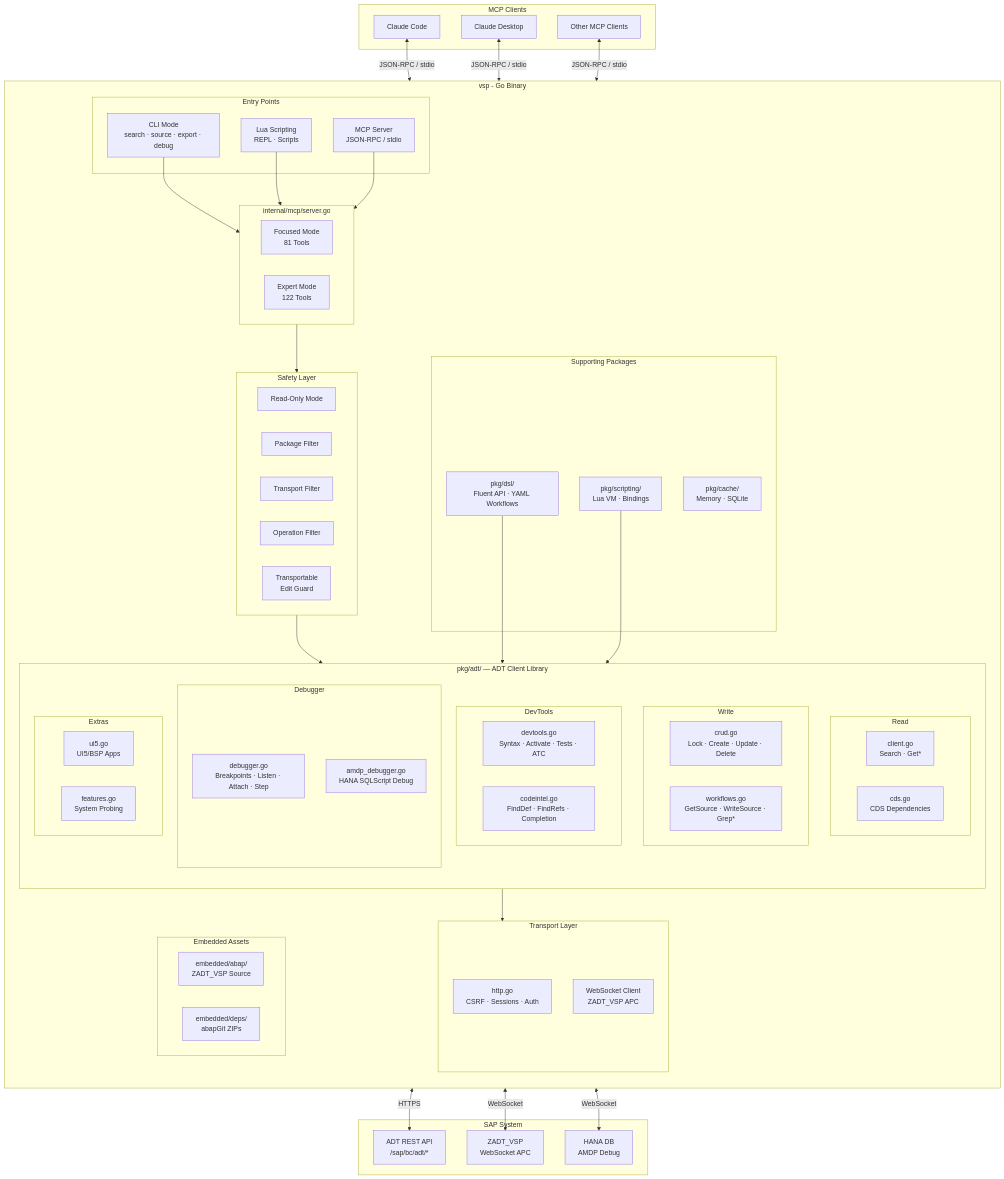
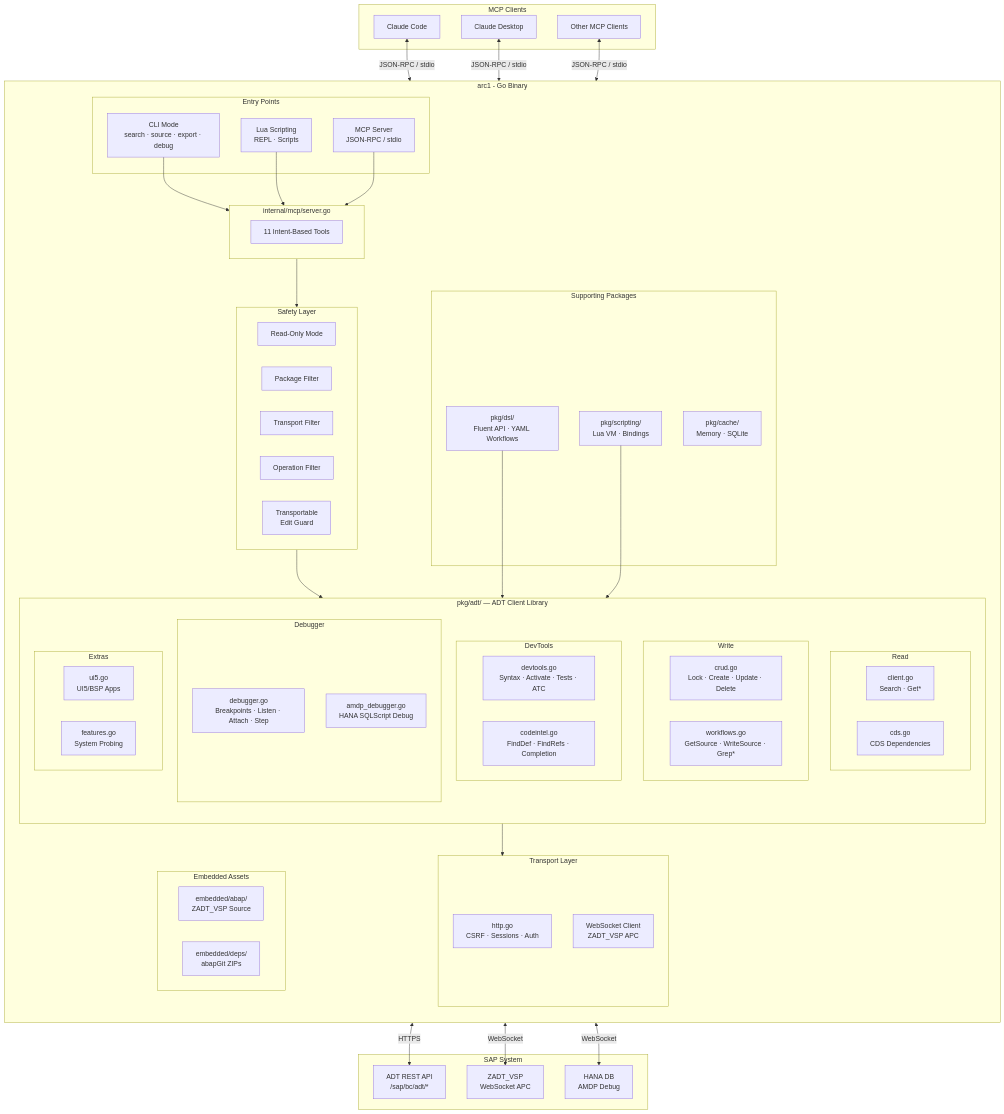
The first of 7 diagrams in docs/architecture.md (marianfoo/arc-1), drawn with Mermaid before and after one commit. The commit also changed other lines of this file and 83 other files, not shown here.

```diff
--- a/docs/architecture.md
+++ b/docs/architecture.md
@@ -10,7 +10,7 @@
         Other[Other MCP Clients]
     end
 
-    subgraph VSP["vsp - Go Binary"]
+    subgraph VSP["arc1 - Go Binary"]
         direction TB
 
         subgraph Entry["Entry Points"]
@@ -21,8 +21,7 @@
 
         subgraph Core["internal/mcp/server.go"]
             direction LR
-            Focused[Focused Mode<br/>81 Tools]
-            Expert[Expert Mode<br/>122 Tools]
+            Tools[11 Intent-Based Tools]
         end
 
         subgraph Safety["Safety Layer"]
```
